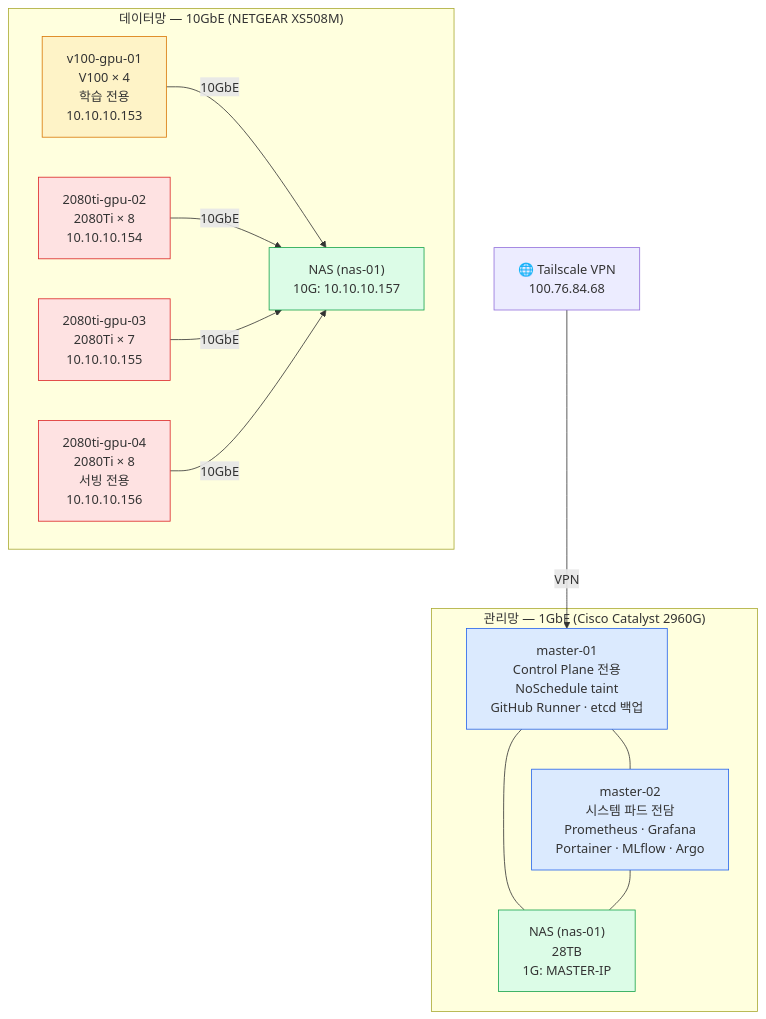
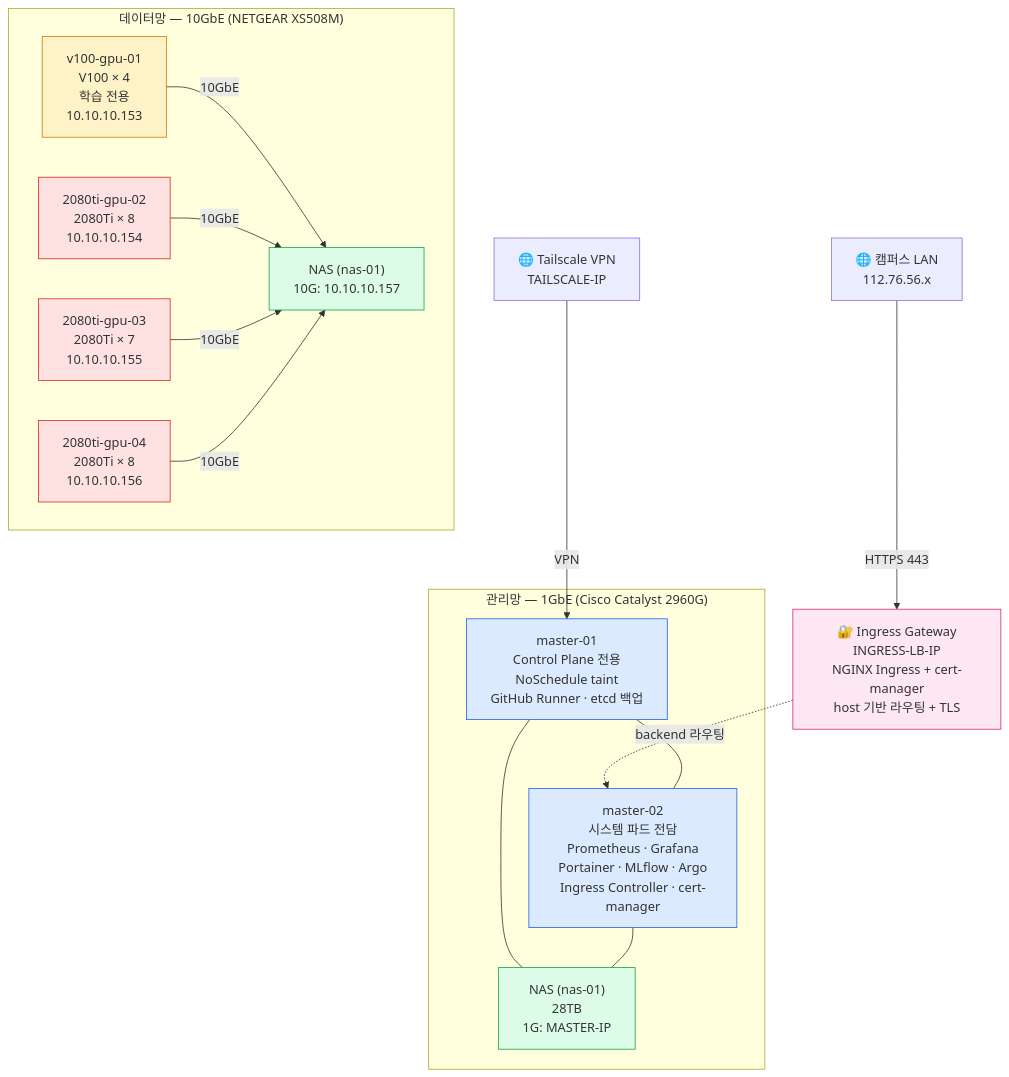
Before and after one commit to 52K-0812/28gpu-cluster-rebuild: the first of 5 diagrams in docs/overview/cluster-diagram.md, drawn with Mermaid. The commit also changed other lines of this file and 10 other files, not shown here.

````diff
--- a/docs/overview/cluster-diagram.md
+++ b/docs/overview/cluster-diagram.md
@@ -27,37 +27,43 @@
 ```mermaid
 graph TD
-    EXT["🌐 Tailscale VPN\n100.76.84.68"]
+    EXT["🌐 Tailscale VPN<br/>TAILSCALE-IP"]
+    LAN["🌐 캠퍼스 LAN<br/>112.76.56.x"]
+
+    INGRESS["🔐 Ingress Gateway<br/>INGRESS-LB-IP<br/>NGINX Ingress + cert-manager<br/>host 기반 라우팅 + TLS"]
 
     subgraph MGMT["관리망 — 1GbE (Cisco Catalyst 2960G)"]
-        M01["master-01\nControl Plane 전용\nNoSchedule taint\nGitHub Runner · etcd 백업"]
-        M02["master-02\n시스템 파드 전담\nPrometheus · Grafana\nPortainer · MLflow · Argo"]
-        NAS1G["NAS (nas-01)\n28TB\n1G: MASTER-IP"]
+        M01["master-01<br/>Control Plane 전용<br/>NoSchedule taint<br/>GitHub Runner · etcd 백업"]
+        M02["master-02<br/>시스템 파드 전담<br/>Prometheus · Grafana<br/>Portainer · MLflow · Argo<br/>Ingress Controller · cert-manager"]
+        NAS1G["NAS (nas-01)<br/>28TB<br/>1G: MASTER-IP"]
     end
 
     subgraph DATA["데이터망 — 10GbE (NETGEAR XS508M)"]
-        G1["v100-gpu-01\nV100 × 4\n학습 전용\n10.10.10.153"]
-        G2["2080ti-gpu-02\n2080Ti × 8\n10.10.10.154"]
-        G3["2080ti-gpu-03\n2080Ti × 7\n10.10.10.155"]
-        G4["2080ti-gpu-04\n2080Ti × 8\n서빙 전용\n10.10.10.156"]
-        NAS10G["NAS (nas-01)\n10G: 10.10.10.157"]
+        G1["v100-gpu-01<br/>V100 × 4<br/>학습 전용<br/>10.10.10.153"]
+        G2["2080ti-gpu-02<br/>2080Ti × 8<br/>10.10.10.154"]
+        G3["2080ti-gpu-03<br/>2080Ti × 7<br/>10.10.10.155"]
+        G4["2080ti-gpu-04<br/>2080Ti × 8<br/>10.10.10.156"]
+        NAS10G["NAS (nas-01)<br/>10G: 10.10.10.157"]
     end
 
     EXT -->|VPN| M01
+    LAN -->|HTTPS 443| INGRESS
+    INGRESS -.->|backend 라우팅| M02
     M01 --- M02
     M01 --- NAS1G
     M02 --- NAS1G
 
     G1 -->|10GbE| NAS10G
     G2 -->|10GbE| NAS10G
     G3 -->|10GbE| NAS10G
     G4 -->|10GbE| NAS10G
 
     style M01 fill:#dbeafe,stroke:#2563eb
     style M02 fill:#dbeafe,stroke:#2563eb
+    style INGRESS fill:#fce7f3,stroke:#db2777
     style NAS1G fill:#dcfce7,stroke:#16a34a
     style NAS10G fill:#dcfce7,stroke:#16a34a
     style G1 fill:#fef3c7,stroke:#d97706
     style G2 fill:#fee2e2,stroke:#dc2626
     style G3 fill:#fee2e2,stroke:#dc2626
     style G4 fill:#fee2e2,stroke:#dc2626
 ```
````
